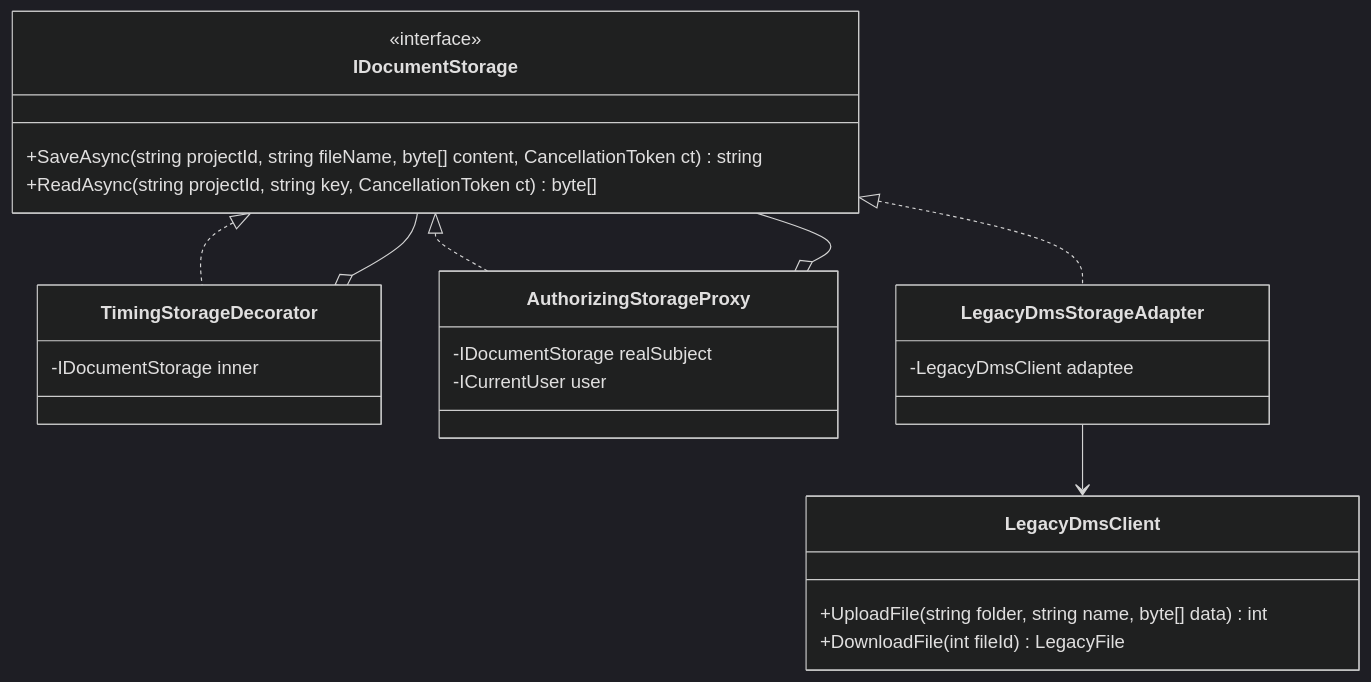
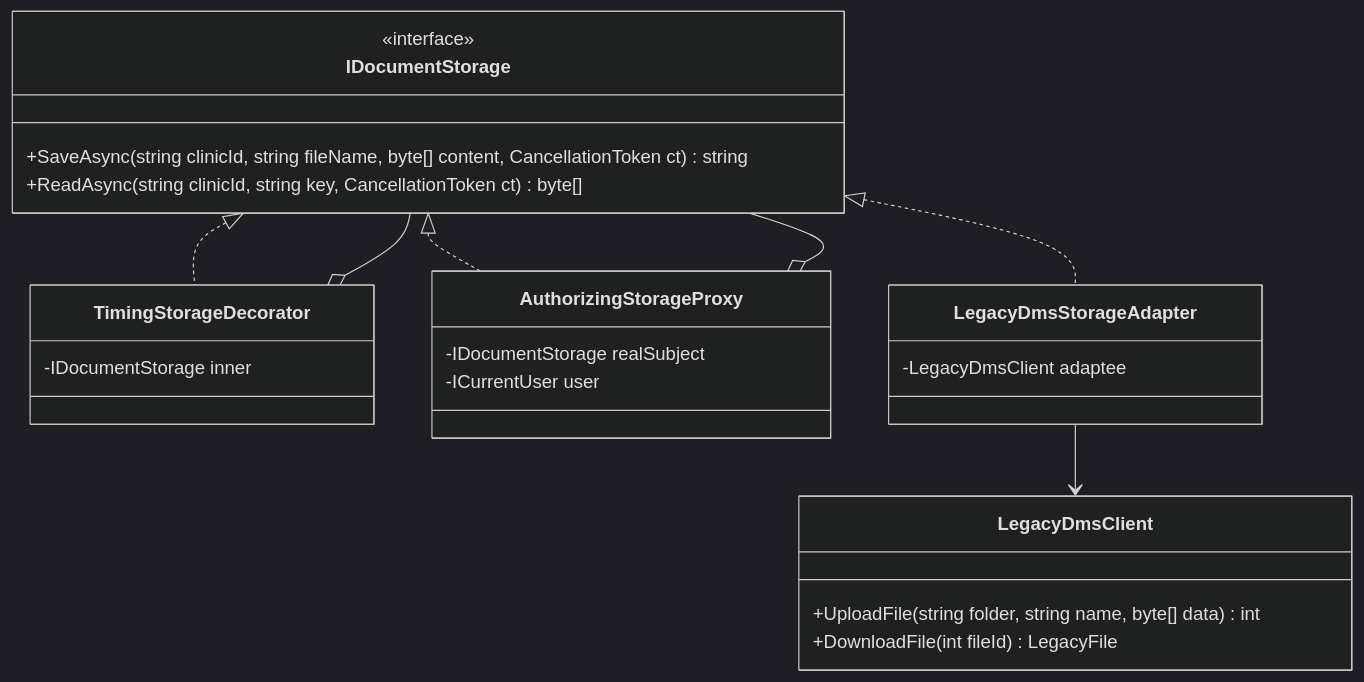
The second of 3 diagrams in content/lessons/m06/m06-pattern-comparison.md (rizwi0786/system-design-lab), drawn with Mermaid (dark theme) before and after one commit. The commit also changed other lines of this file and 334 other files, not shown here.

````diff
--- a/content/lessons/m06/m06-pattern-comparison.md
+++ b/content/lessons/m06/m06-pattern-comparison.md
@@ -195,28 +194,28 @@
 ```mermaid
 classDiagram
     class IDocumentStorage {
         <<interface>>
-        +SaveAsync(string projectId, string fileName, byte[] content, CancellationToken ct) string
-        +ReadAsync(string projectId, string key, CancellationToken ct) byte[]
+        +SaveAsync(string clinicId, string fileName, byte[] content, CancellationToken ct) string
+        +ReadAsync(string clinicId, string key, CancellationToken ct) byte[]
     }
     class TimingStorageDecorator {
         -IDocumentStorage inner
     }
     class AuthorizingStorageProxy {
         -IDocumentStorage realSubject
         -ICurrentUser user
     }
     class LegacyDmsStorageAdapter {
         -LegacyDmsClient adaptee
     }
     class LegacyDmsClient {
         +UploadFile(string folder, string name, byte[] data) int
         +DownloadFile(int fileId) LegacyFile
     }
     IDocumentStorage <|.. TimingStorageDecorator
     IDocumentStorage <|.. AuthorizingStorageProxy
     IDocumentStorage <|.. LegacyDmsStorageAdapter
     TimingStorageDecorator o-- IDocumentStorage
     AuthorizingStorageProxy o-- IDocumentStorage
     LegacyDmsStorageAdapter --> LegacyDmsClient
 ```
````
